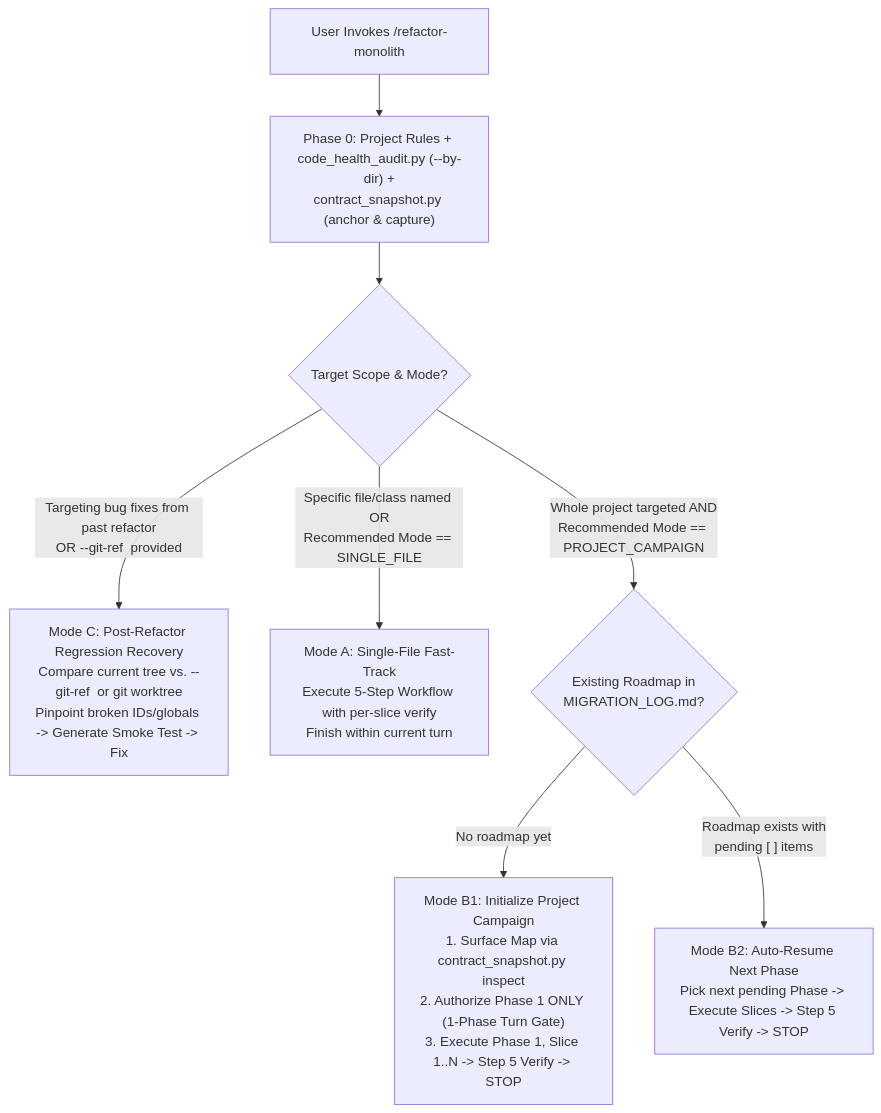
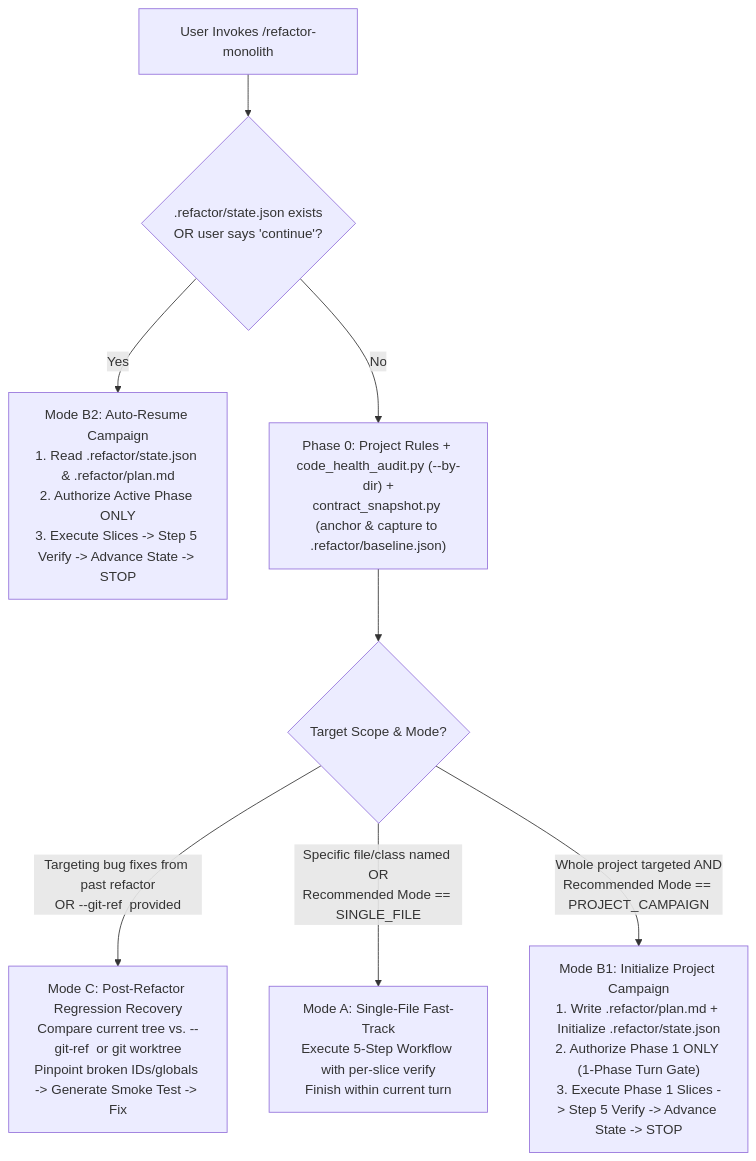
One commit to davtoh/antigravity-skills changed the diagram in refactor-monolith/SKILL.md. Above: the diagram before and after it, drawn with Mermaid. The commit also changed other lines of this file and 5 other files, not shown here.

Commit message:
fix: adjust refactor-monolit and frontier-architect integration

````diff
--- a/refactor-monolith/SKILL.md
+++ b/refactor-monolith/SKILL.md
@@ -46,14 +73,15 @@
 ```mermaid
 flowchart TD
-    Start["User Invokes /refactor-monolith"] --> Rules["Phase 0: Project Rules + code_health_audit.py (--by-dir) +\ncontract_snapshot.py (anchor & capture)"]
+    Start["User Invokes /refactor-monolith"] --> StateCheck{".refactor/state.json exists\nOR user says 'continue'?"}
+    
+    StateCheck -->|Yes| ResumeCampaign["Mode B2: Auto-Resume Campaign\n1. Read .refactor/state.json & .refactor/plan.md\n2. Authorize Active Phase ONLY\n3. Execute Slices -> Step 5 Verify -> Advance State -> STOP"]
+    
+    StateCheck -->|No| Rules["Phase 0: Project Rules + code_health_audit.py (--by-dir) +\ncontract_snapshot.py (anchor & capture to .refactor/baseline.json)"]
     Rules --> ScopeCheck{"Target Scope & Mode?"}
 
     ScopeCheck -->|"Targeting bug fixes from past refactor\nOR --git-ref <sha> provided"| ModeC["Mode C: Post-Refactor Regression Recovery\nCompare current tree vs. --git-ref <sha> or git worktree\nPinpoint broken IDs/globals -> Generate Smoke Test -> Fix"]
 
     ScopeCheck -->|"Specific file/class named OR\nRecommended Mode == SINGLE_FILE"| ModeA["Mode A: Single-File Fast-Track\nExecute 5-Step Workflow with per-slice verify\nFinish within current turn"]
 
-    ScopeCheck -->|"Whole project targeted AND\nRecommended Mode == PROJECT_CAMPAIGN"| LogCheck{"Existing Roadmap in\nMIGRATION_LOG.md?"}
-
-    LogCheck -->|"No roadmap yet"| InitCampaign["Mode B1: Initialize Project Campaign\n1. Surface Map via contract_snapshot.py inspect\n2. Authorize Phase 1 ONLY (1-Phase Turn Gate)\n3. Execute Phase 1, Slice 1..N -> Step 5 Verify -> STOP"]
-    LogCheck -->|"Roadmap exists with\npending [ ] items"| ResumeCampaign["Mode B2: Auto-Resume Next Phase\nPick next pending Phase -> Execute Slices -> Step 5 Verify -> STOP"]
+    ScopeCheck -->|"Whole project targeted AND\nRecommended Mode == PROJECT_CAMPAIGN"| InitCampaign["Mode B1: Initialize Project Campaign\n1. Write .refactor/plan.md + Initialize .refactor/state.json\n2. Authorize Phase 1 ONLY (1-Phase Turn Gate)\n3. Execute Phase 1 Slices -> Step 5 Verify -> Advance State -> STOP"]
 ```
````
